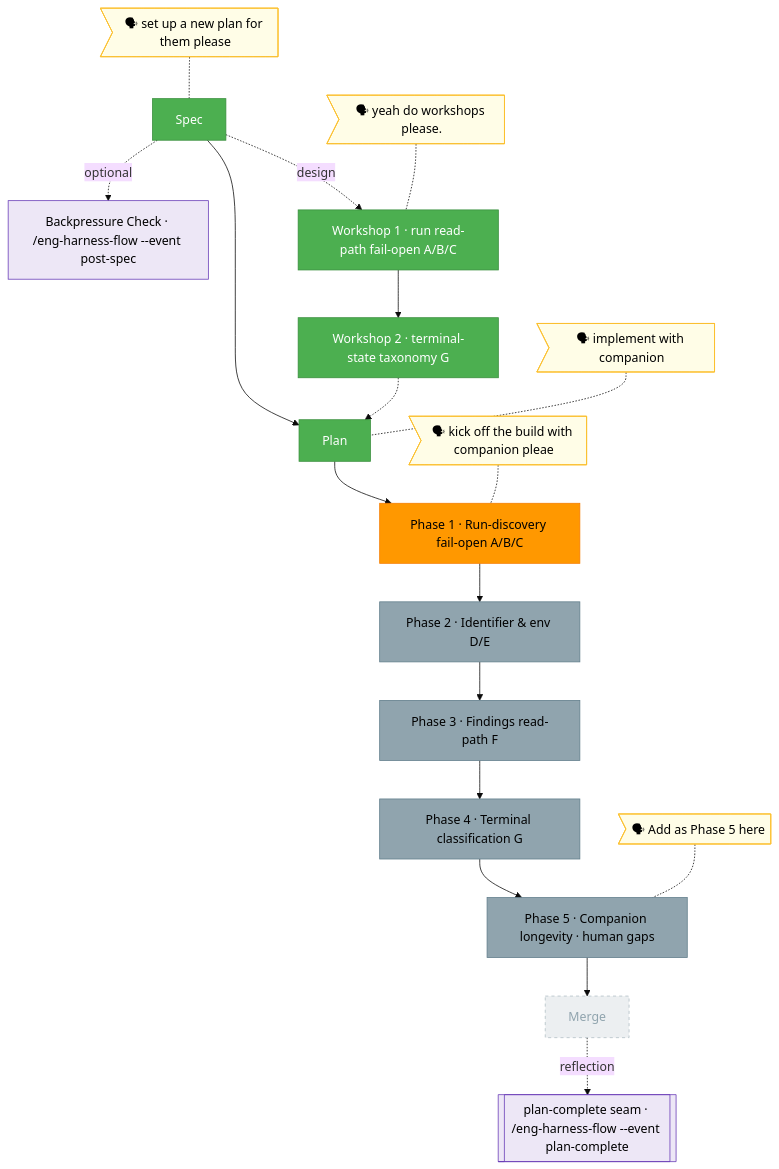
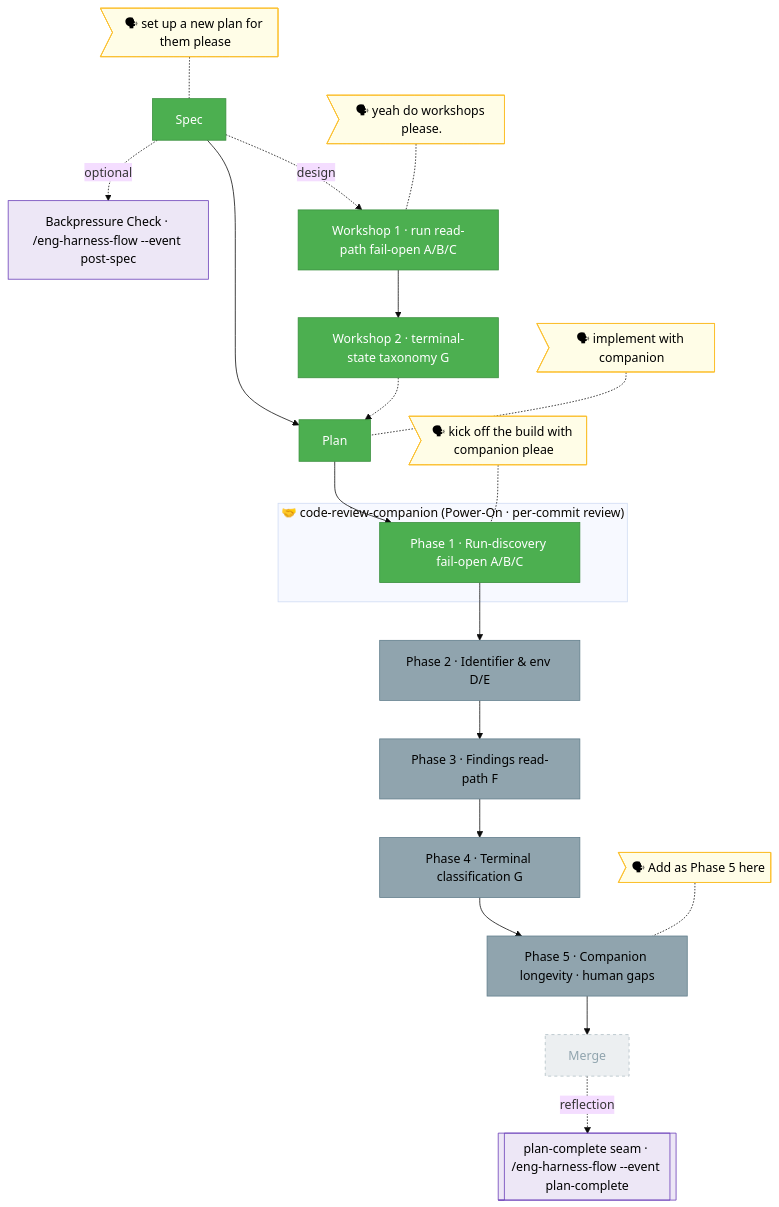
One commit to AI-Substrate/minih changed the diagram in docs/plans/028-companion-mode-reliability/the-flow.md. Above: the diagram before and after it, drawn with Mermaid (base theme). The commit also changed other lines of this file and 5 other files, not shown here.

First line of the commit message:
fix(028): format Phase 1 files + correct boot evidence (companion F001)

````diff
--- a/docs/plans/028-companion-mode-reliability/the-flow.md
+++ b/docs/plans/028-companion-mode-reliability/the-flow.md
@@ -7,37 +7,42 @@
 ```mermaid
 flowchart TD
     classDef done    fill:#4CAF50,stroke:#388E3C,color:#fff
     classDef wip     fill:#FF9800,stroke:#F57C00,color:#000
     classDef blocked fill:#F44336,stroke:#D32F2F,color:#fff
     classDef known   fill:#90A4AE,stroke:#607D8B,color:#000
     classDef assumed fill:#ECEFF1,stroke:#B0BEC5,color:#90A4AE,stroke-dasharray:4 4
     classDef said    fill:#FFFDE7,stroke:#FBC02D,color:#000
     classDef harness fill:#EDE7F6,stroke:#673AB7,color:#000
 
     %% ── spine: spec → plan → 5 build phases → merge ──
-    S[Spec]:::done --> PL[Plan]:::done --> P1[Phase 1 · Run-discovery fail-open A/B/C]:::wip
+    S[Spec]:::done --> PL[Plan]:::done --> P1[Phase 1 · Run-discovery fail-open A/B/C]:::done
     P1 --> P2[Phase 2 · Identifier & env D/E]:::known --> P3[Phase 3 · Findings read-path F]:::known --> P4[Phase 4 · Terminal classification G]:::known --> P5[Phase 5 · Companion longevity · human gaps]:::known --> M[Merge]:::assumed
+
+    %% ── live code-review companion wrapping Phase 1 (kind:companion, render:wrap) ──
+    subgraph CMP1["🤝 code-review-companion (Power-On · per-commit review)"]
+        P1
+    end
 
     %% ── optional post-spec backpressure survey (offered, not taken — dotted off the spine) ──
     S -.->|optional| BP["Backpressure Check · /eng-harness-flow --event post-spec"]:::harness
 
     %% ── workshop excursions (each its own node), rejoining at the plan ──
     S -.->|design| W1[Workshop 1 · run read-path fail-open A/B/C]:::done
     W1 --> W2[Workshop 2 · terminal-state taxonomy G]:::done
     W2 -.-> PL
 
     %% ── harness seam node (first-class; router IS installed) ──
     M -.->|reflection| HH[["plan-complete seam · /eng-harness-flow --event plan-complete"]]:::harness
 
     %% ── verbatim user-said bubbles ──
     US>"🗣 set up a new plan for them please"]:::said
     US -.- S
     UW>"🗣 yeah do workshops please."]:::said
     UW -.- W1
     UC>"🗣 implement with companion"]:::said
     UC -.- PL
     UP5>"🗣 Add as Phase 5 here"]:::said
     UP5 -.- P5
     UB>"🗣 kick off the build with companion pleae"]:::said
     UB -.- P1
 ```
````
